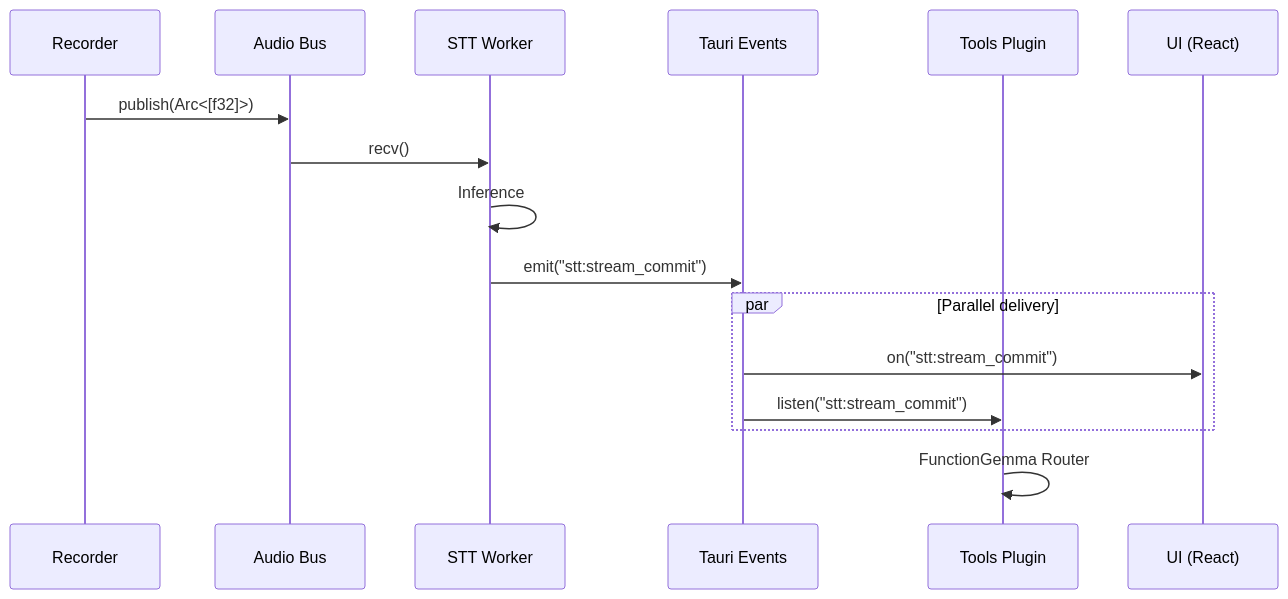
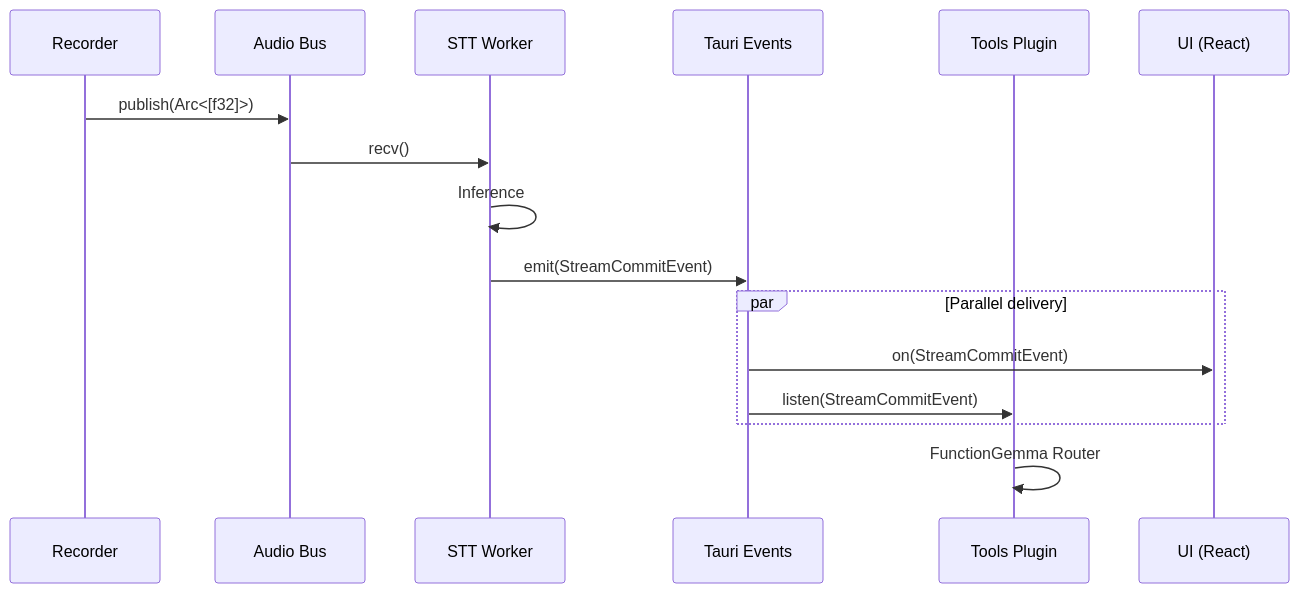
The diagram in docs/src/architecture/events.md (mpuig/gibb.eri.sh), drawn with Mermaid before and after one commit. The commit also changed other lines of this file and 39 other files, not shown here.

First line of the commit message:
feat(tools): context-aware voice OS with clean architecture

````diff
--- a/docs/src/architecture/events.md
+++ b/docs/src/architecture/events.md
@@ -49,19 +47,19 @@
 ```mermaid
 sequenceDiagram
     participant R as Recorder
     participant B as Audio Bus
     participant S as STT Worker
     participant E as Tauri Events
     participant T as Tools Plugin
     participant U as UI (React)
 
     R->>B: publish(Arc<[f32]>)
     B->>S: recv()
     S->>S: Inference
-    S->>E: emit("stt:stream_commit")
+    S->>E: emit(StreamCommitEvent)
     par Parallel delivery
-        E->>U: on("stt:stream_commit")
-        E->>T: listen("stt:stream_commit")
+        E->>U: on(StreamCommitEvent)
+        E->>T: listen(StreamCommitEvent)
     end
     T->>T: FunctionGemma Router
 ```
````
